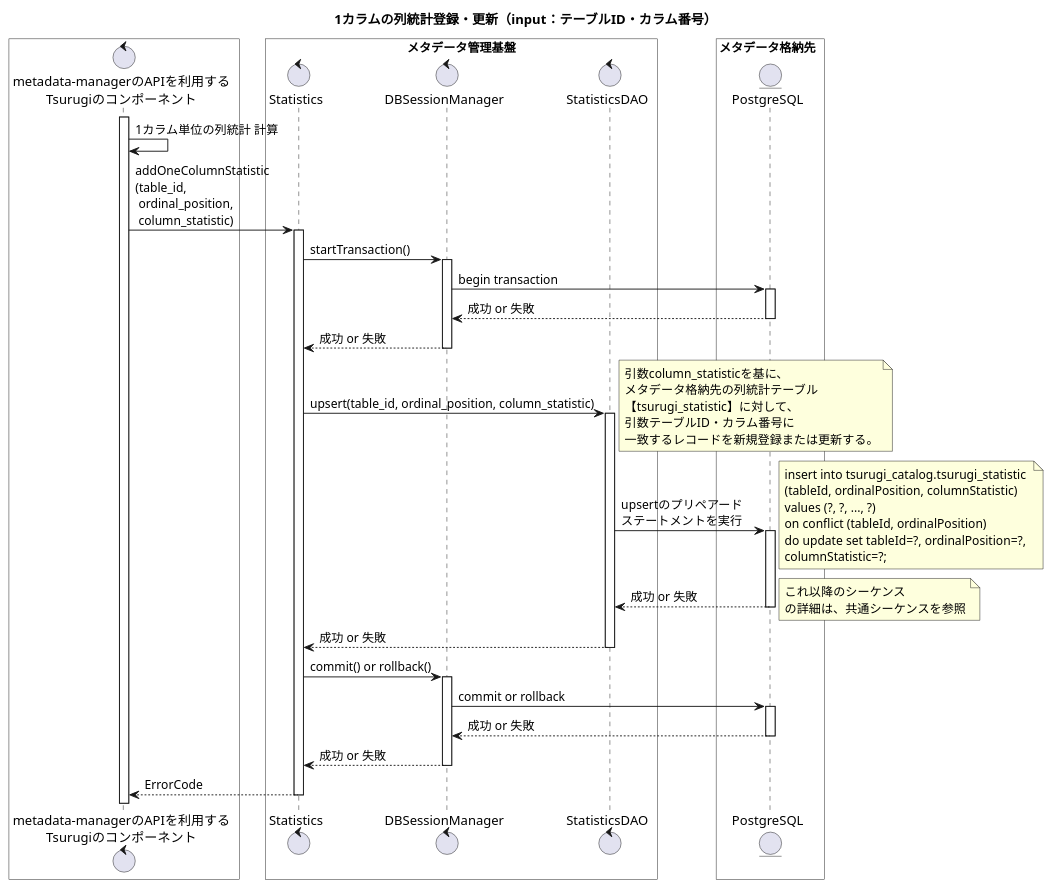
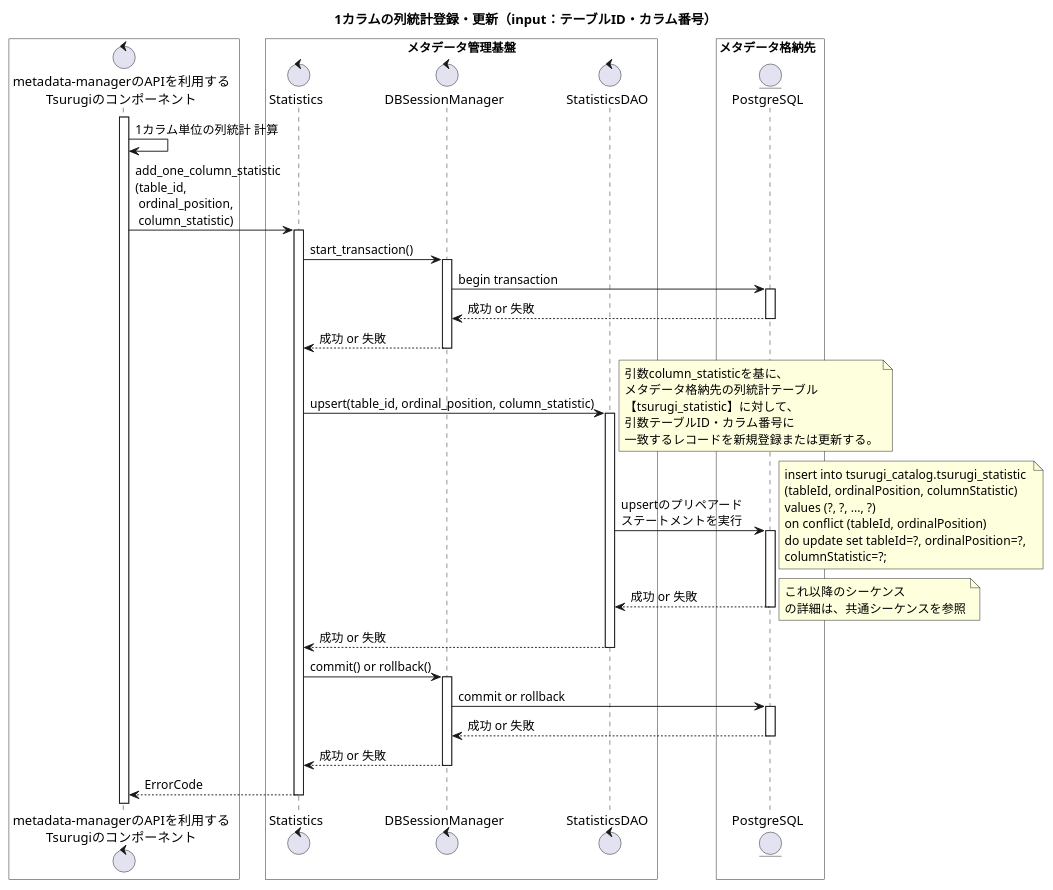
The fourth of 12 diagrams in metadata-manager/docs/statistic/02.FD/uml/SequenceDiagram_detail.pu (project-tsurugi/metadata-manager), drawn with PlantUML before and after one commit. The commit also changed other lines of this file and 22 other files, not shown here.

```diff
--- a/metadata-manager/docs/statistic/02.FD/uml/SequenceDiagram_detail.pu
+++ b/metadata-manager/docs/statistic/02.FD/uml/SequenceDiagram_detail.pu
@@ -189,65 +189,65 @@
 @startuml
 title 1カラムの列統計登録・更新（input：テーブルID・カラム番号）
 
 box #White
 control "metadata-managerのAPIを利用する\nTsurugiのコンポーネント" as ogawayama
 end box
 box "メタデータ管理基盤" #White
 control "Statistics" as Statistics
 control "DBSessionManager" as DBSessionManager
 control "StatisticsDAO" as StatisticsDAO
 end box
 box メタデータ格納先  #White
 entity "PostgreSQL" as metadata_storage
 end box
 
 activate ogawayama
 ogawayama -> ogawayama : 1カラム単位の列統計 計算
-ogawayama -> Statistics : addOneColumnStatistic\n(table_id,\n ordinal_position,\n column_statistic)
+ogawayama -> Statistics : add_one_column_statistic\n(table_id,\n ordinal_position,\n column_statistic)
 activate Statistics
-Statistics -> DBSessionManager : startTransaction()
+Statistics -> DBSessionManager : start_transaction()
 activate DBSessionManager
 DBSessionManager -> metadata_storage : begin transaction
 activate metadata_storage
 DBSessionManager <-- metadata_storage: 成功 or 失敗
 deactivate metadata_storage
 Statistics <-- DBSessionManager : 成功 or 失敗
 deactivate DBSessionManager
 Statistics -> StatisticsDAO : upsert(table_id, ordinal_position, column_statistic)
 note right
 引数column_statisticを基に、
 メタデータ格納先の列統計テーブル
 【tsurugi_statistic】に対して、
 引数テーブルID・カラム番号に
 一致するレコードを新規登録または更新する。
 end note
 activate StatisticsDAO
 StatisticsDAO -> metadata_storage : upsertのプリペアード\nステートメントを実行
 note right
 insert into tsurugi_catalog.tsurugi_statistic 
 (tableId, ordinalPosition, columnStatistic) 
 values (?, ?, ..., ?)
 on conflict (tableId, ordinalPosition) 
 do update set tableId=?, ordinalPosition=?,
 columnStatistic=?;
 end note
 activate metadata_storage
 StatisticsDAO <-- metadata_storage : 成功 or 失敗
 note right
 これ以降のシーケンス
 の詳細は、共通シーケンスを参照
 end note
 deactivate metadata_storage
 Statistics <-- StatisticsDAO : 成功 or 失敗
 deactivate StatisticsDAO
 Statistics -> DBSessionManager : commit() or rollback()
 activate DBSessionManager
 DBSessionManager -> metadata_storage : commit or rollback
 activate metadata_storage
 DBSessionManager <-- metadata_storage : 成功 or 失敗
 deactivate metadata_storage
 Statistics <-- DBSessionManager : 成功 or 失敗
 deactivate DBSessionManager
 ogawayama <-- Statistics : ErrorCode
 deactivate Statistics
 @enduml
```
